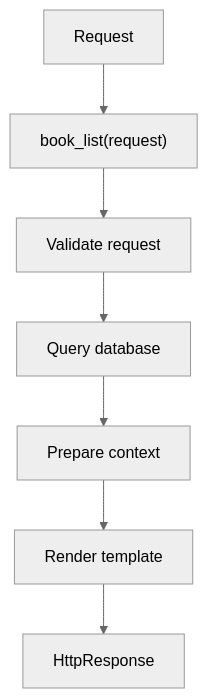
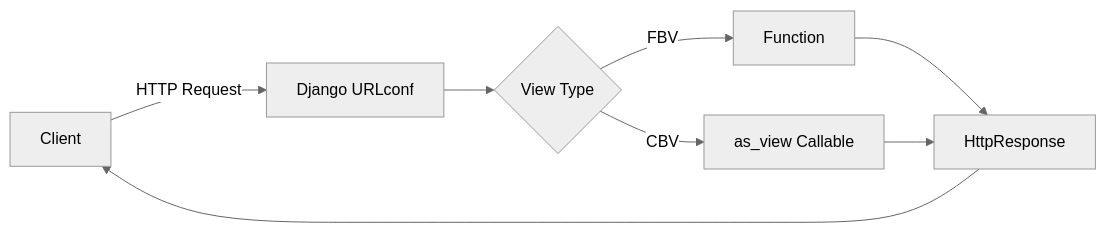
One commit to AvadhBhalodiya/Interview-Preparation changed the first of 2 diagrams in src/content/django/class-based-vs-function-based-views.md. Above: the diagram before and after it, drawn with Mermaid (neutral theme). The commit also changed other lines of this file and 80 other files, not shown here.

````diff
--- a/src/content/django/class-based-vs-function-based-views.md
+++ b/src/content/django/class-based-vs-function-based-views.md
@@ -121,9 +53,10 @@
 ```mermaid
-flowchart TD
-    A[Request] --> B["book_list(request)"]
-    B --> C[Validate request]
-    C --> D[Query database]
-    D --> E[Prepare context]
-    E --> F[Render template]
-    F --> G[HttpResponse]
+flowchart LR
+    A[Client] -->|HTTP Request| B[Django URLconf]
+    B --> C{View Type}
+    C -->|FBV| D[Function]
+    C -->|CBV| E[as_view Callable]
+    D --> F[HttpResponse]
+    E --> F
+    F --> A
 ```
````
